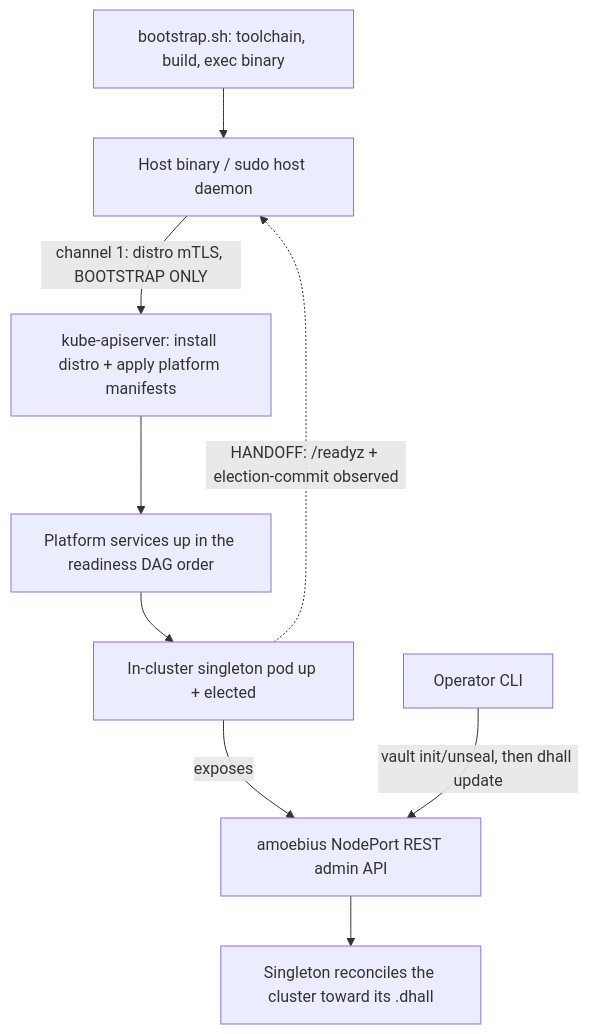
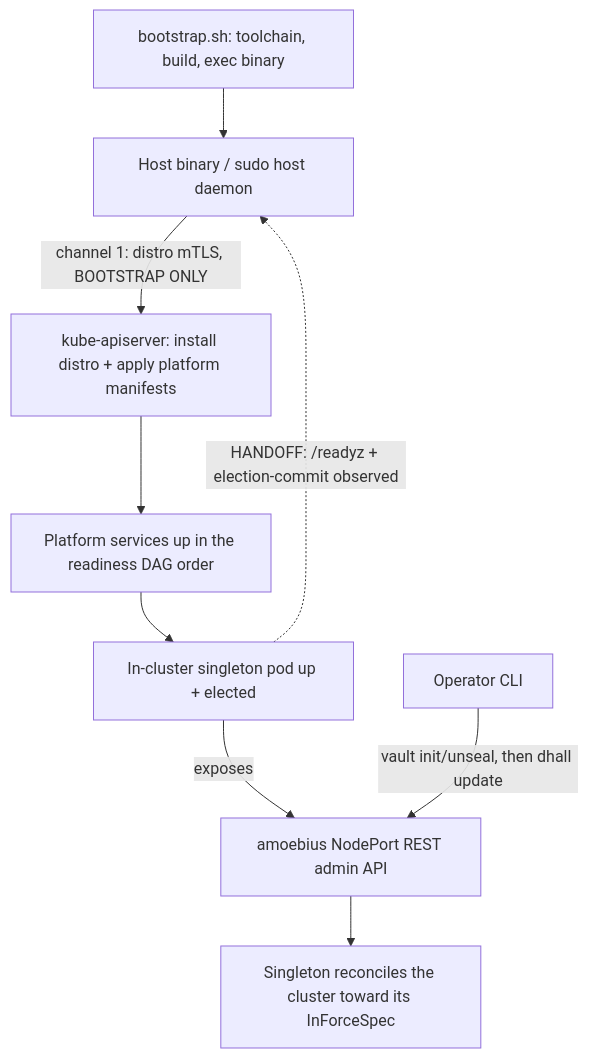
One commit to Tuee22/amoebius changed the diagram in documents/engineering/bootstrap_sequence_doctrine.md. Above: the diagram before and after it, drawn with Mermaid. The commit also changed other lines of this file and 37 other files, not shown here.

````diff
--- a/documents/engineering/bootstrap_sequence_doctrine.md
+++ b/documents/engineering/bootstrap_sequence_doctrine.md
@@ -56,11 +56,11 @@
 ```mermaid
 flowchart TD
   sh[bootstrap.sh: toolchain, build, exec binary] --> hb[Host binary / sudo host daemon]
   hb -->|channel 1: distro mTLS, BOOTSTRAP ONLY| api[kube-apiserver: install distro + apply platform manifests]
   api --> svc[Platform services up in the readiness DAG order]
   svc --> singleton[In-cluster singleton pod up + elected]
   singleton -->|exposes| rest[amoebius NodePort REST admin API]
   singleton -.->|HANDOFF: /readyz + election-commit observed| hb
   cli[Operator CLI] -->|vault init/unseal, then dhall update| rest
-  rest --> reconcile[Singleton reconciles the cluster toward its .dhall]
+  rest --> reconcile[Singleton reconciles the cluster toward its InForceSpec]
 ```
````
